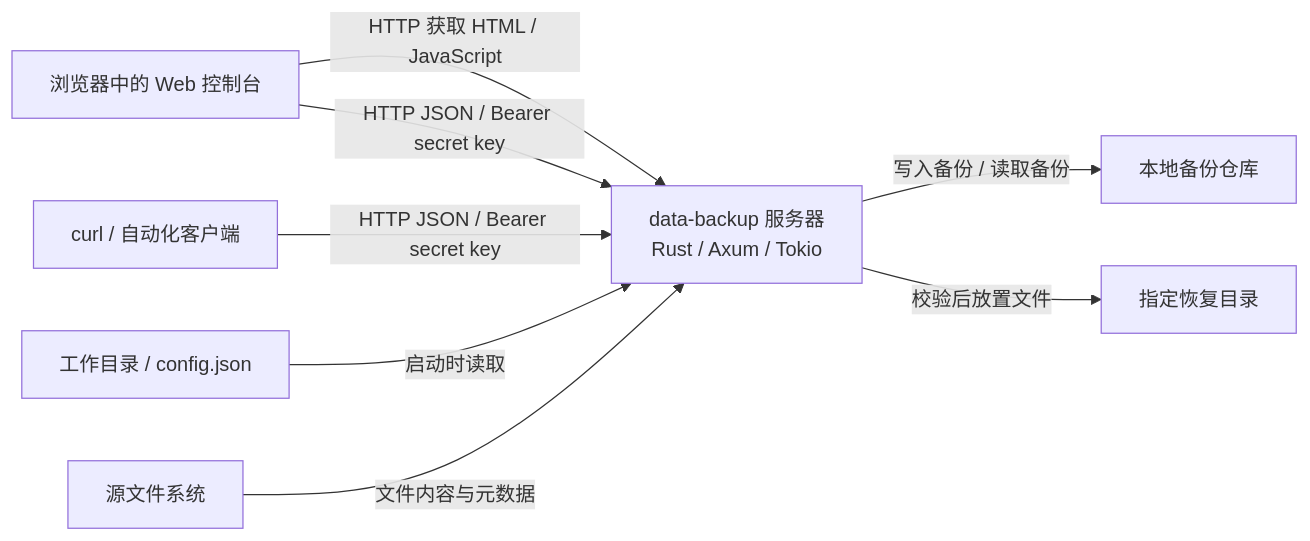
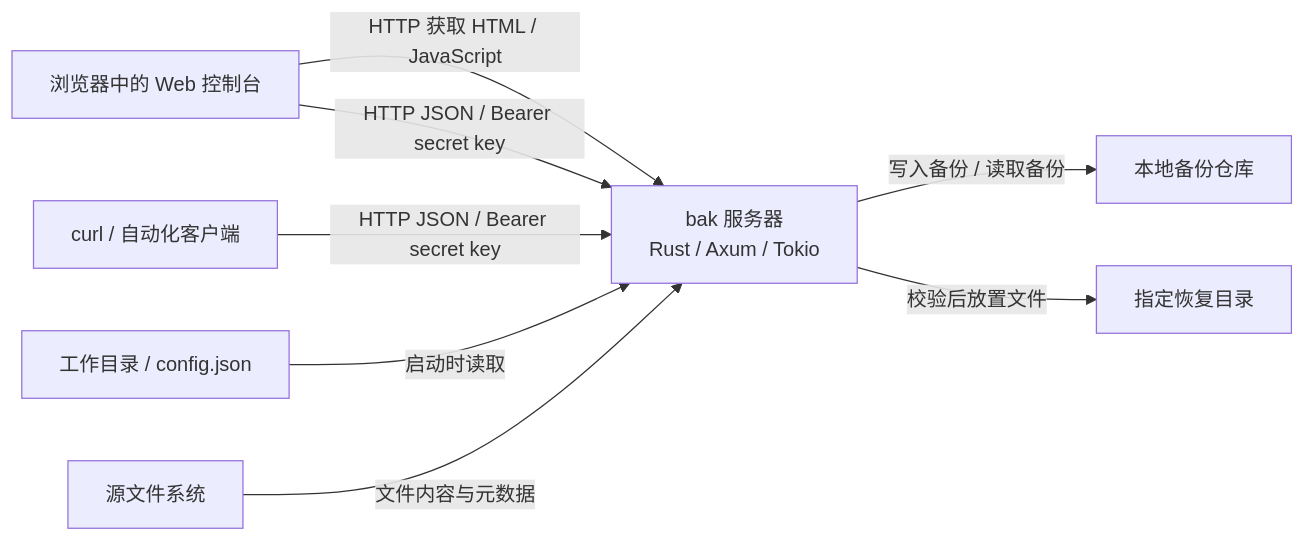
The diagram in docs/architecture/containers.md (qi7876/software-development-exp), drawn with Mermaid before and after one commit. The commit also changed other lines of this file and 8 other files, not shown here.

````diff
--- a/docs/architecture/containers.md
+++ b/docs/architecture/containers.md
@@ -7,10 +7,10 @@
 ```mermaid
 flowchart LR
-    Browser[浏览器中的 Web 控制台] -->|HTTP 获取 HTML / JavaScript| Server["data-backup 服务器<br/>Rust / Axum / Tokio"]
+    Browser[浏览器中的 Web 控制台] -->|HTTP 获取 HTML / JavaScript| Server["bak 服务器<br/>Rust / Axum / Tokio"]
     Browser -->|HTTP JSON / Bearer secret key| Server
     Curl[curl / 自动化客户端] -->|HTTP JSON / Bearer secret key| Server
     Config[工作目录 / config.json] -->|启动时读取| Server
     Source[源文件系统] -->|文件内容与元数据| Server
     Server -->|写入备份 / 读取备份| Repository[本地备份仓库]
     Server -->|校验后放置文件| Restore[指定恢复目录]
 ```
````
